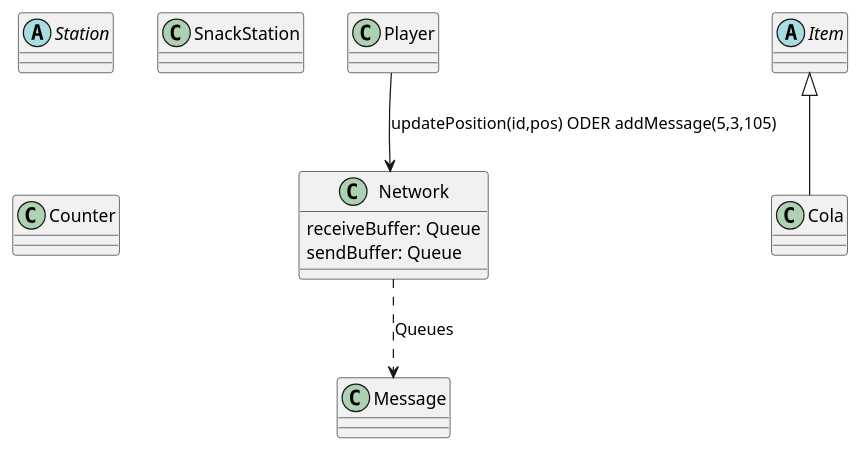
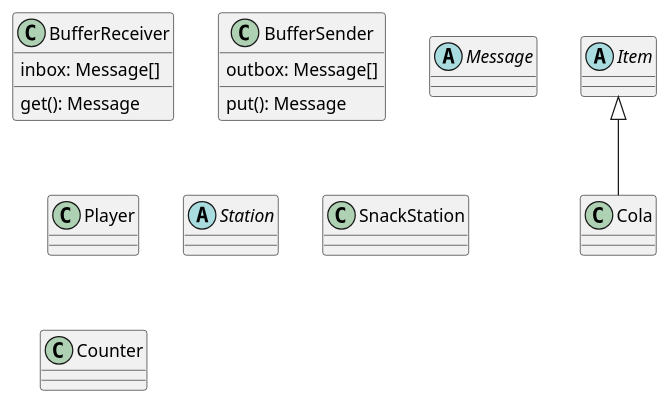
The diagram in Server/architecture.puml (Ballmaid/UnderWaterRestaurantGame), drawn with PlantUML before and after one commit.

```diff
--- a/Server/architecture.puml
+++ b/Server/architecture.puml
@@ -1,23 +1,28 @@
 @startuml
-class Network{
-    receiveBuffer: Queue
-    sendBuffer: Queue
+
+
+class BufferReceiver{
+    inbox: Message[]
+    get(): Message
+}
+
+class BufferSender{
+    outbox: Message[]
+    put(): Message
+}
+
+abstract class Message{
 
 }
-class Message{
-
-}
-Network ..> Message : Queues
-Player --> Network : updatePosition(id,pos) ODER addMessage(5,3,105)
 
 abstract class Item
 class Cola extends Item
 
 class Player
 
 abstract class Station
 class SnackStation
 
 class Counter
 
 @enduml
```
